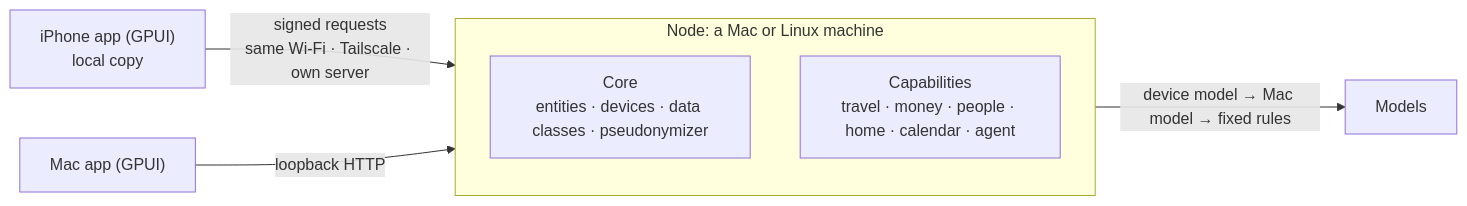
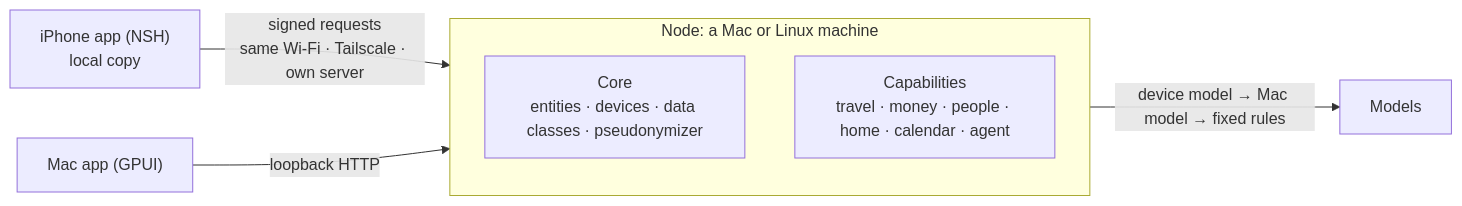
One commit to larsboes/Sjel changed the diagram in README.md. Above: the diagram before and after it, drawn with Mermaid. The commit also changed other lines of this file and 13 other files, not shown here.

First line of the commit message:
docs: bring plans, skills and READMEs to the NSH phone

````diff
--- a/README.md
+++ b/README.md
@@ -108,10 +108,10 @@
 ```mermaid
 flowchart LR
-  phone["iPhone app (GPUI)<br/>local copy"] -- "signed requests<br/>same Wi-Fi · Tailscale · own server" --> node
+  phone["iPhone app (NSH)<br/>local copy"] -- "signed requests<br/>same Wi-Fi · Tailscale · own server" --> node
   mac["Mac app (GPUI)"] -- "loopback HTTP" --> node
   subgraph node["Node: a Mac or Linux machine"]
     core["Core<br/>entities · devices · data classes · pseudonymizer"]
     ext["Capabilities<br/>travel · money · people · home · calendar · agent"]
   end
   node -- "device model → Mac model → fixed rules" --> models["Models"]
 ```
````
